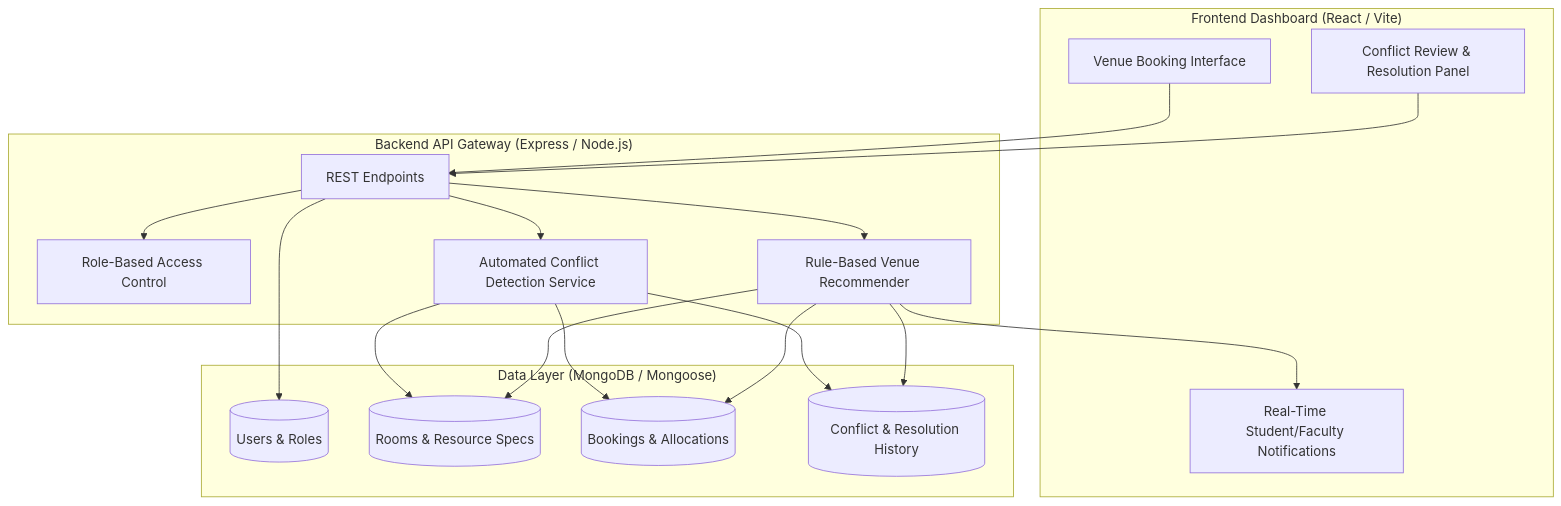
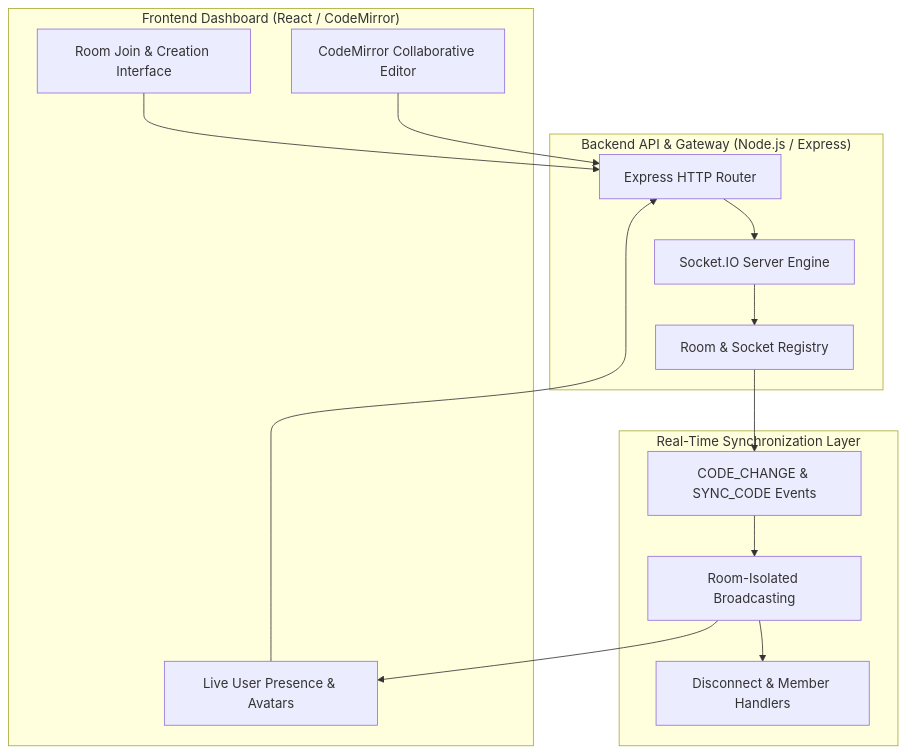
Before and after one commit to YuvrajJasuja/CodeRoom: the diagram in README.md, drawn with Mermaid. The commit also changed other lines of this file, not shown here.

Commit message:
docs: update README.md to feature CodeRoom project details with team Yuvraj and Harwinder

````diff
--- a/README.md
+++ b/README.md
@@ -36,30 +34,28 @@
 ```mermaid
 flowchart TD
-    subgraph Client["Frontend Dashboard (React / Vite)"]
-        UI["Venue Booking Interface"]
-        ConflictView["Conflict Review & Resolution Panel"]
-        Notifications["Real-Time Student/Faculty Notifications"]
+    subgraph Client["Frontend Dashboard (React / CodeMirror)"]
+        UI["Room Join & Creation Interface"]
+        Editor["CodeMirror Collaborative Editor"]
+        Avatars["Live User Presence & Avatars"]
     end
 
-    subgraph API["Backend API Gateway (Express / Node.js)"]
-        Router["REST Endpoints"]
-        Auth["Role-Based Access Control"]
-        ConflictEngine["Automated Conflict Detection Service"]
-        Recommender["Rule-Based Venue Recommender"]
+    subgraph API["Backend API & Gateway (Node.js / Express)"]
+        Router["Express HTTP Router"]
+        SocketEngine["Socket.IO Server Engine"]
+        RoomMgr["Room & Socket Registry"]
     end
 
-    subgraph Database["Data Layer (MongoDB / Mongoose)"]
-        Users[("Users & Roles")]
-        Rooms[("Rooms & Resource Specs")]
-        Bookings[("Bookings & Allocations")]
-        Conflicts[("Conflict & Resolution History")]
+    subgraph SyncEngine["Real-Time Synchronization Layer"]
+        SyncEvents["CODE_CHANGE & SYNC_CODE Events"]
+        Broadcast["Room-Isolated Broadcasting"]
+        Disconn["Disconnect & Member Handlers"]
     end
 
-    UI & ConflictView --> Router
-    Router --> Auth
-    Router --> ConflictEngine
-    Router --> Recommender
-    ConflictEngine & Recommender --> Rooms & Bookings & Conflicts
-    Router --> Users
-    Recommender --> Notifications
+    UI & Editor & Avatars --> Router
+    Router --> SocketEngine
+    SocketEngine --> RoomMgr
+    RoomMgr --> SyncEvents
+    SyncEvents --> Broadcast
+    Broadcast --> Disconn
+    Broadcast --> Avatars
 ```
````
